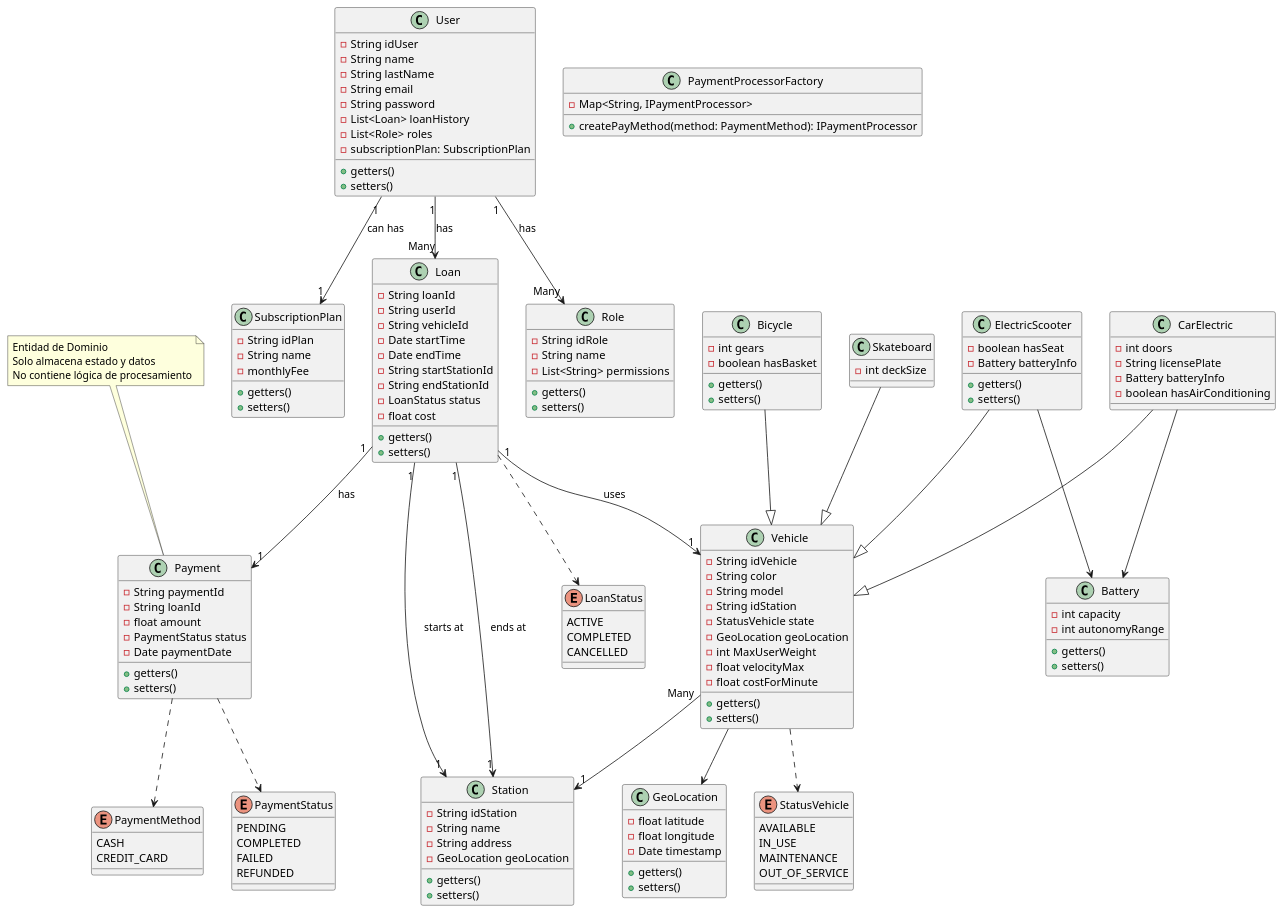
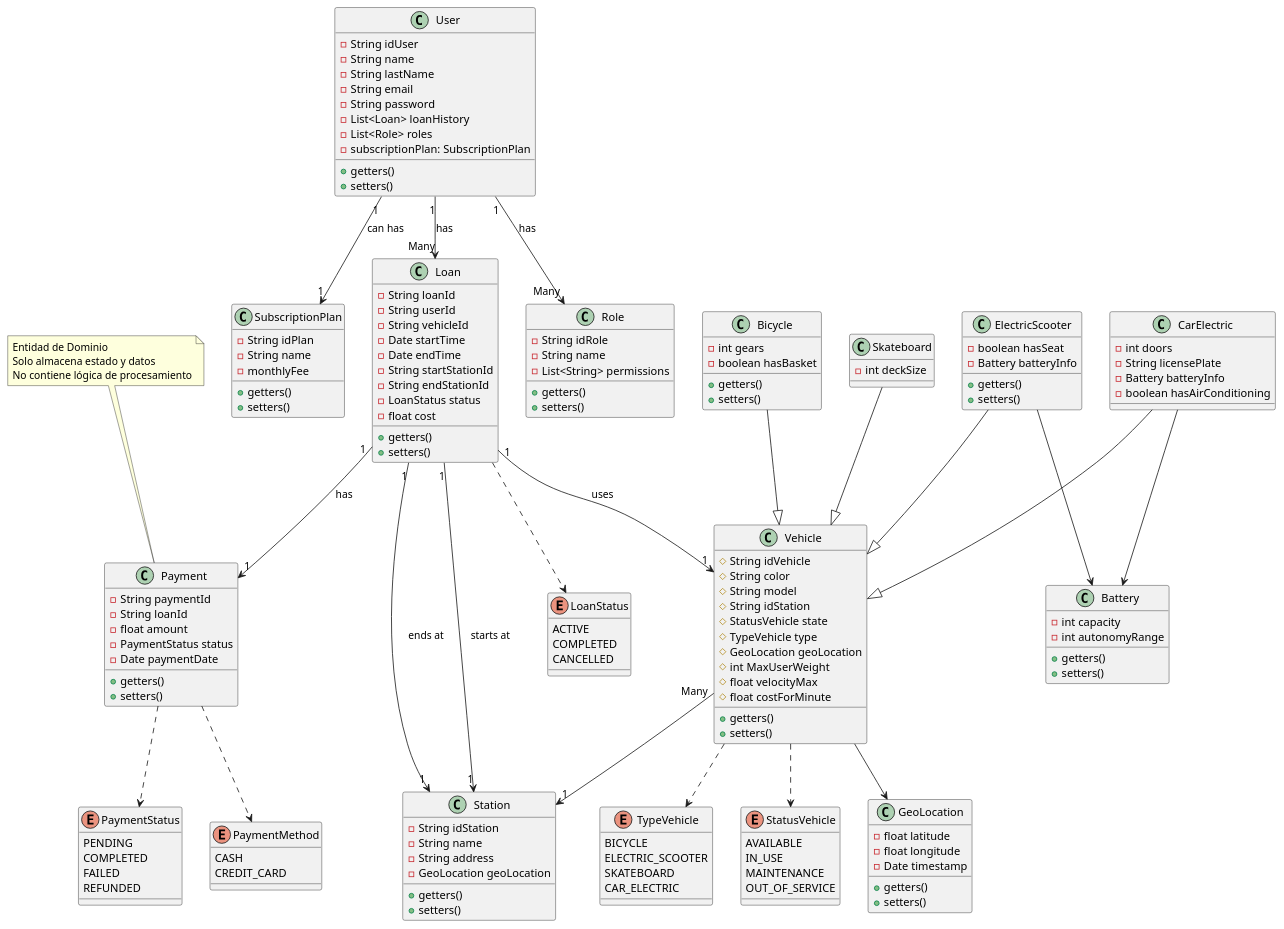
The diagram in Backend/src/presentation/views/uml.wsd (david123456858/Practice-patterns), drawn with PlantUML before and after one commit. The commit also changed 14 other files, not shown here.

```diff
--- a/Backend/src/presentation/views/uml.wsd
+++ b/Backend/src/presentation/views/uml.wsd
@@ -1,19 +1,26 @@
 @startuml EcoMove
 ' Vehicle and relations
 class Vehicle{
-    - String idVehicle
-    - String color
-    - String model
-    - String idStation
-    - StatusVehicle state
-    - GeoLocation geoLocation
-    - int MaxUserWeight
-    - float velocityMax
-    - float costForMinute
+    # String idVehicle
+    # String color
+    # String model
+    # String idStation
+    # StatusVehicle state
+    # TypeVehicle type
+    # GeoLocation geoLocation
+    # int MaxUserWeight
+    # float velocityMax
+    # float costForMinute
     + getters()
     + setters()
 }
 
+enum TypeVehicle{
+    BICYCLE 
+    ELECTRIC_SCOOTER 
+    SKATEBOARD 
+    CAR_ELECTRIC
+}
 enum StatusVehicle {
     AVAILABLE
     IN_USE
@@ -47,6 +54,7 @@
 
 Vehicle "Many" --> "1" Station 
 Vehicle ..> StatusVehicle
+Vehicle ..> TypeVehicle
 Vehicle --> GeoLocation
 
 ' Bicycle 
@@ -175,10 +183,10 @@
 
 
 
-class PaymentProcessorFactory{
-    - Map<String, IPaymentProcessor>
-    + createPayMethod(method: PaymentMethod): IPaymentProcessor
-}
+' class PaymentProcessorFactory{
+'     - Map<String, IPaymentProcessor>
+'     + createPayMethod(method: PaymentMethod): IPaymentProcessor
+' }
 
 ' interface IPaymentProcessor{
 '     + doPay(payment: Payment): PaymentStatus
```
